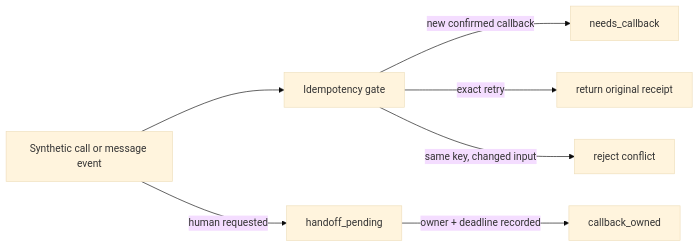
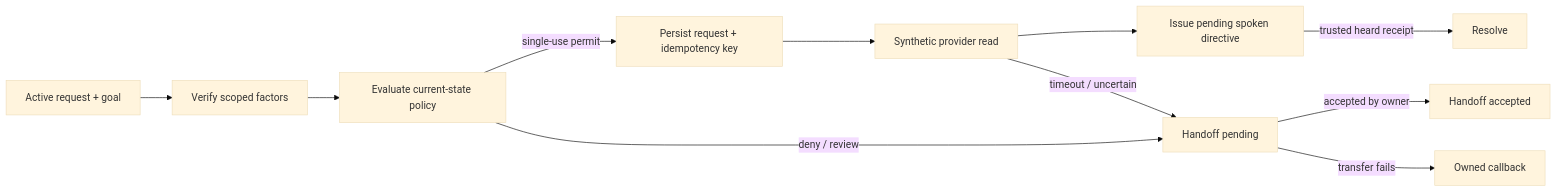
Before and after one commit to namankumar/voice-sms-operations: the diagram in README.md, drawn with Mermaid (base theme). The commit also changed other lines of this file and 29 other files, not shown here.

First line of the commit message:
feat: publish actual call orchestration and policy runtime

````diff
--- a/README.md
+++ b/README.md
@@ -13,9 +9,13 @@
 ```mermaid
 flowchart LR
-  A[Synthetic call or message event] --> B[Idempotency gate]
-  B -->|new confirmed callback| C[needs_callback]
-  B -->|exact retry| D[return original receipt]
-  B -->|same key, changed input| E[reject conflict]
-  A -->|human requested| F[handoff_pending]
-  F -->|owner + deadline recorded| G[callback_owned]
+  A[Active request + goal] --> B[Verify scoped factors]
+  B --> C[Evaluate current-state policy]
+  C -->|single-use permit| D[Persist request + idempotency key]
+  D --> E[Synthetic provider read]
+  E --> F[Issue pending spoken directive]
+  F -->|trusted heard receipt| G[Resolve]
+  C -->|deny / review| H[Handoff pending]
+  E -->|timeout / uncertain| H
+  H -->|accepted by owner| I[Handoff accepted]
+  H -->|transfer fails| J[Owned callback]
 ```
````
